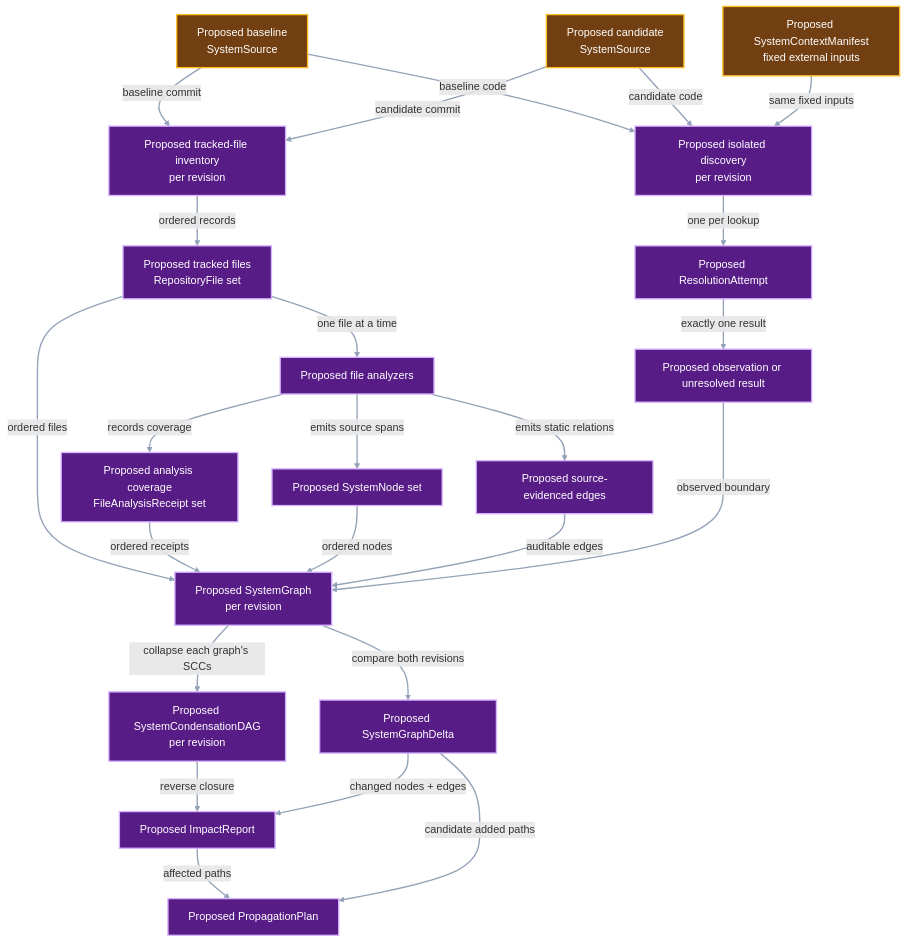
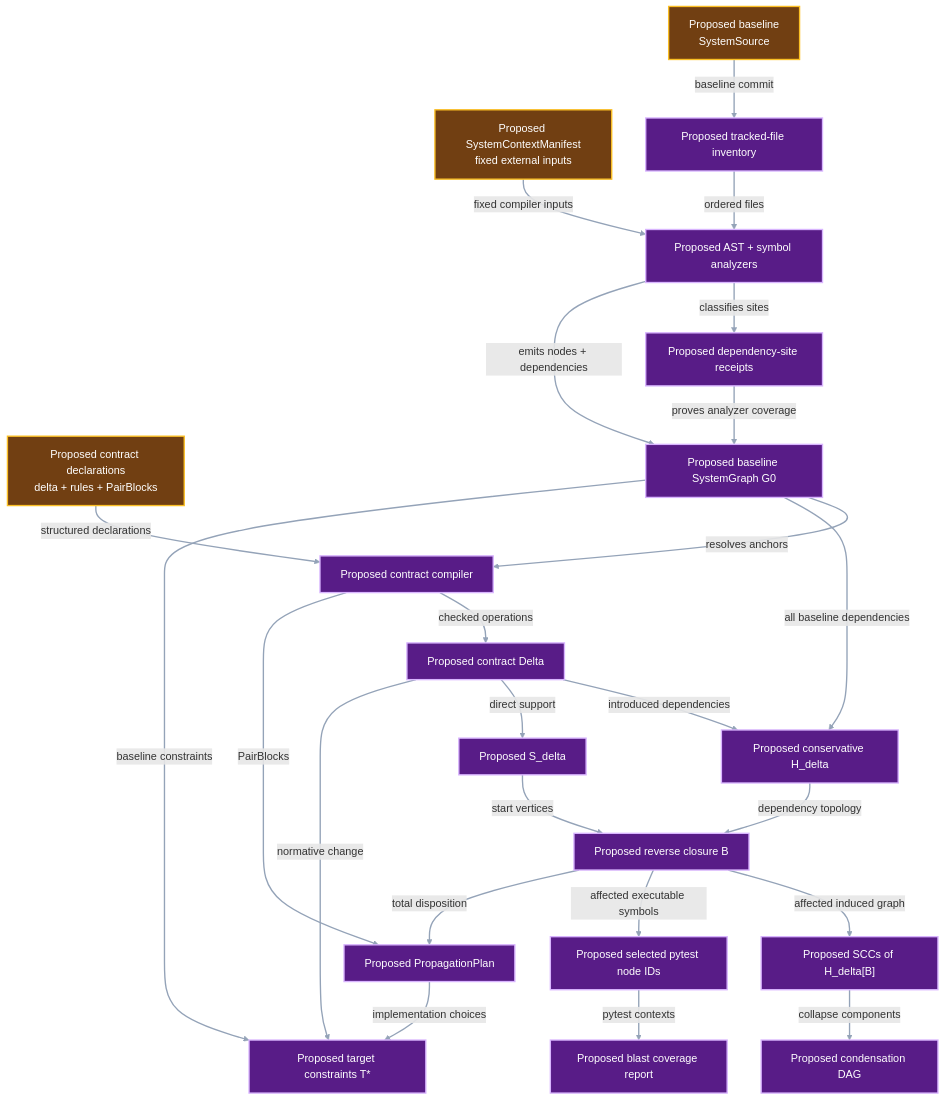
One commit to pvd232/viper changed the second of 3 diagrams in docs/development/system-impact-graph.md. Above: the diagram before and after it, drawn with Mermaid. The commit also changed other lines of this file and 6 other files, not shown here.

Commit message:
Plan canonical SystemGraph implementation

````diff
--- a/docs/development/system-impact-graph.md
+++ b/docs/development/system-impact-graph.md
@@ -176,50 +196,51 @@
 ```mermaid
 flowchart TD
     Baseline["Proposed baseline<br/>SystemSource"]
-    Candidate["Proposed candidate<br/>SystemSource"]
     Context["Proposed SystemContextManifest<br/>fixed external inputs"]
-    Inventory["Proposed tracked-file inventory<br/>per revision"]
-    Files["Proposed tracked files<br/>RepositoryFile set"]
-    Analyze["Proposed file analyzers"]
-    Analysis["Proposed analysis coverage<br/>FileAnalysisReceipt set"]
-    Nodes["Proposed SystemNode set"]
-    Static["Proposed source-evidenced edges"]
-    Discovery["Proposed isolated discovery<br/>per revision"]
-    Attempt["Proposed ResolutionAttempt"]
-    Outcome["Proposed observation or unresolved result"]
-    Graph["Proposed SystemGraph<br/>per revision"]
-    DAG["Proposed SystemCondensationDAG<br/>per revision"]
-    Delta["Proposed SystemGraphDelta"]
-    Report["Proposed ImpactReport"]
+    ContractDocs["Proposed contract declarations<br/>delta + rules + PairBlocks"]
+    Inventory["Proposed tracked-file inventory"]
+    Analyze["Proposed AST + symbol analyzers"]
+    Sites["Proposed dependency-site receipts"]
+    Graph["Proposed baseline SystemGraph G0"]
+    ContractCompiler["Proposed contract compiler"]
+    Delta["Proposed contract Delta"]
+    Overlay["Proposed conservative H_delta"]
+    Support["Proposed S_delta"]
+    Closure["Proposed reverse closure B"]
+    SCC["Proposed SCCs of H_delta[B]"]
+    DAG["Proposed condensation DAG"]
+    Select["Proposed selected pytest node IDs"]
+    Coverage["Proposed blast coverage report"]
     Plan["Proposed PropagationPlan"]
+    Target["Proposed target constraints T*"]
 
     Baseline -->|"baseline commit"| Inventory
-    Candidate -->|"candidate commit"| Inventory
-    Inventory -->|"ordered records"| Files
-    Files -->|"one file at a time"| Analyze
-    Analyze -->|"records coverage"| Analysis
-    Analyze -->|"emits source spans"| Nodes
-    Analyze -->|"emits static relations"| Static
-    Baseline -->|"baseline code"| Discovery
-    Candidate -->|"candidate code"| Discovery
-    Context -->|"same fixed inputs"| Discovery
-    Discovery -->|"one per lookup"| Attempt
-    Attempt -->|"exactly one result"| Outcome
-    Files -->|"ordered files"| Graph
-    Analysis -->|"ordered receipts"| Graph
-    Nodes -->|"ordered nodes"| Graph
-    Static -->|"auditable edges"| Graph
-    Outcome -->|"observed boundary"| Graph
-    Graph -->|"collapse each graph's SCCs"| DAG
-    Graph -->|"compare both revisions"| Delta
-    DAG -->|"reverse closure"| Report
-    Delta -->|"changed nodes + edges"| Report
-    Report -->|"affected paths"| Plan
-    Delta -->|"candidate added paths"| Plan
+    Context -->|"fixed compiler inputs"| Analyze
+    Inventory -->|"ordered files"| Analyze
+    Analyze -->|"classifies sites"| Sites
+    Analyze -->|"emits nodes + dependencies"| Graph
+    Sites -->|"proves analyzer coverage"| Graph
+    ContractDocs -->|"structured declarations"| ContractCompiler
+    Graph -->|"resolves anchors"| ContractCompiler
+    ContractCompiler -->|"checked operations"| Delta
+    Graph -->|"all baseline dependencies"| Overlay
+    Delta -->|"introduced dependencies"| Overlay
+    Delta -->|"direct support"| Support
+    Overlay -->|"dependency topology"| Closure
+    Support -->|"start vertices"| Closure
+    Closure -->|"affected induced graph"| SCC
+    SCC -->|"collapse components"| DAG
+    Closure -->|"affected executable symbols"| Select
+    Select -->|"pytest contexts"| Coverage
+    Closure -->|"total disposition"| Plan
+    ContractCompiler -->|"PairBlocks"| Plan
+    Graph -->|"baseline constraints"| Target
+    Delta -->|"normative change"| Target
+    Plan -->|"implementation choices"| Target
 
-    class Baseline,Candidate,Context input
-    class Inventory,Files,Analyze,Analysis,Nodes,Static,Discovery,Attempt,Outcome,Graph,DAG,Delta,Report,Plan proposed
+    class Baseline,Context,ContractDocs input
+    class Inventory,Analyze,Sites,Graph,ContractCompiler,Delta,Overlay,Support,Closure,SCC,DAG,Select,Coverage,Plan,Target proposed
     classDef input fill:#713f12,stroke:#fbbf24,color:#ffffff,stroke-width:2px
     classDef proposed fill:#581c87,stroke:#d8b4fe,color:#ffffff,stroke-width:2px
     linkStyle default stroke:#94a3b8,stroke-width:2px
 ```
````
